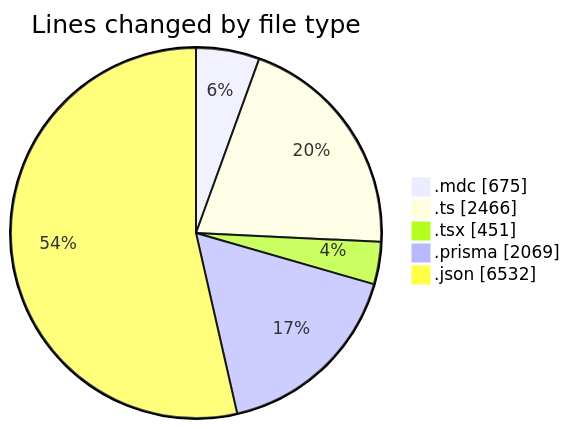
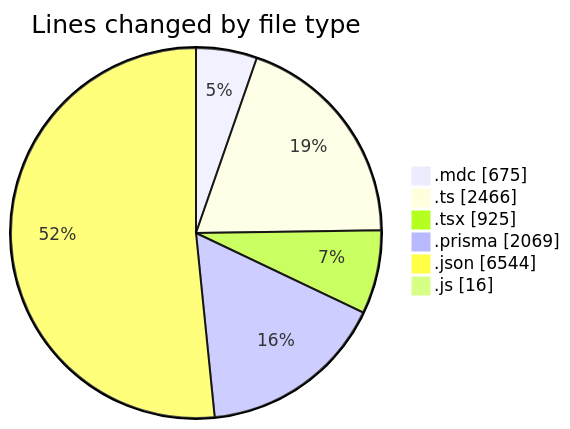
Before and after one commit to CELIANVF/code-tracking: the first of 2 diagrams in 2025-06-05/ecodeli-1/README.md, drawn with Mermaid. The commit also changed other lines of this file and 1 other file, not shown here.

````diff
--- a/2025-06-05/ecodeli-1/README.md
+++ b/2025-06-05/ecodeli-1/README.md
@@ -34,9 +36,10 @@
 ```mermaid
 pie showData
 title Lines changed by file type
 ".mdc" : 675
 ".ts" : 2466
-".tsx" : 451
+".tsx" : 925
 ".prisma" : 2069
-".json" : 6532
+".json" : 6544
+".js" : 16
 ```
````
